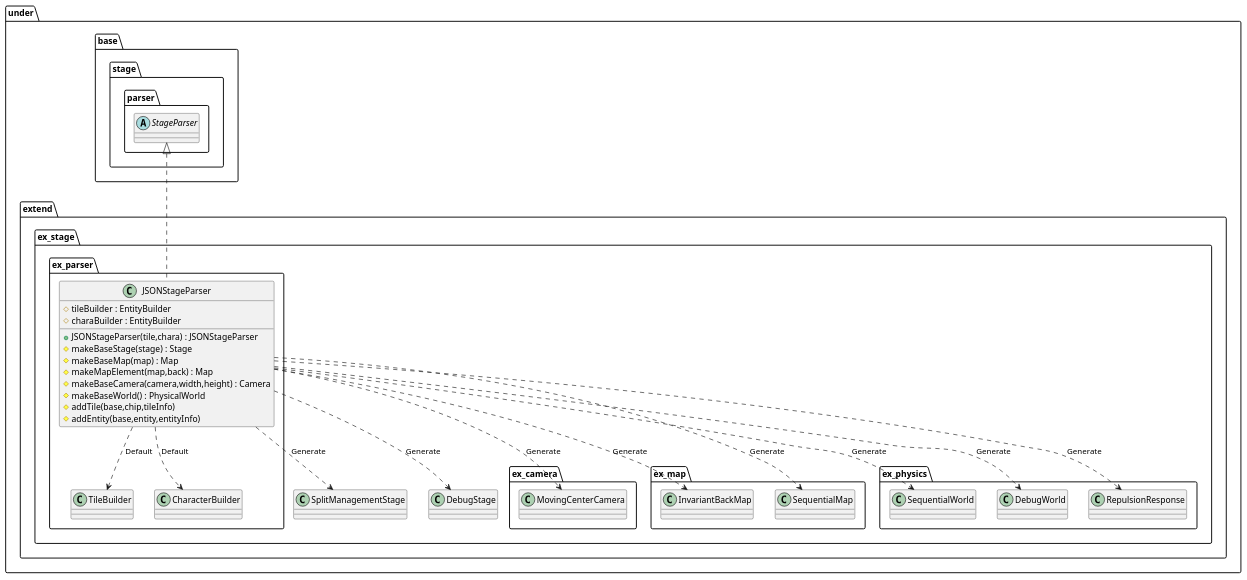
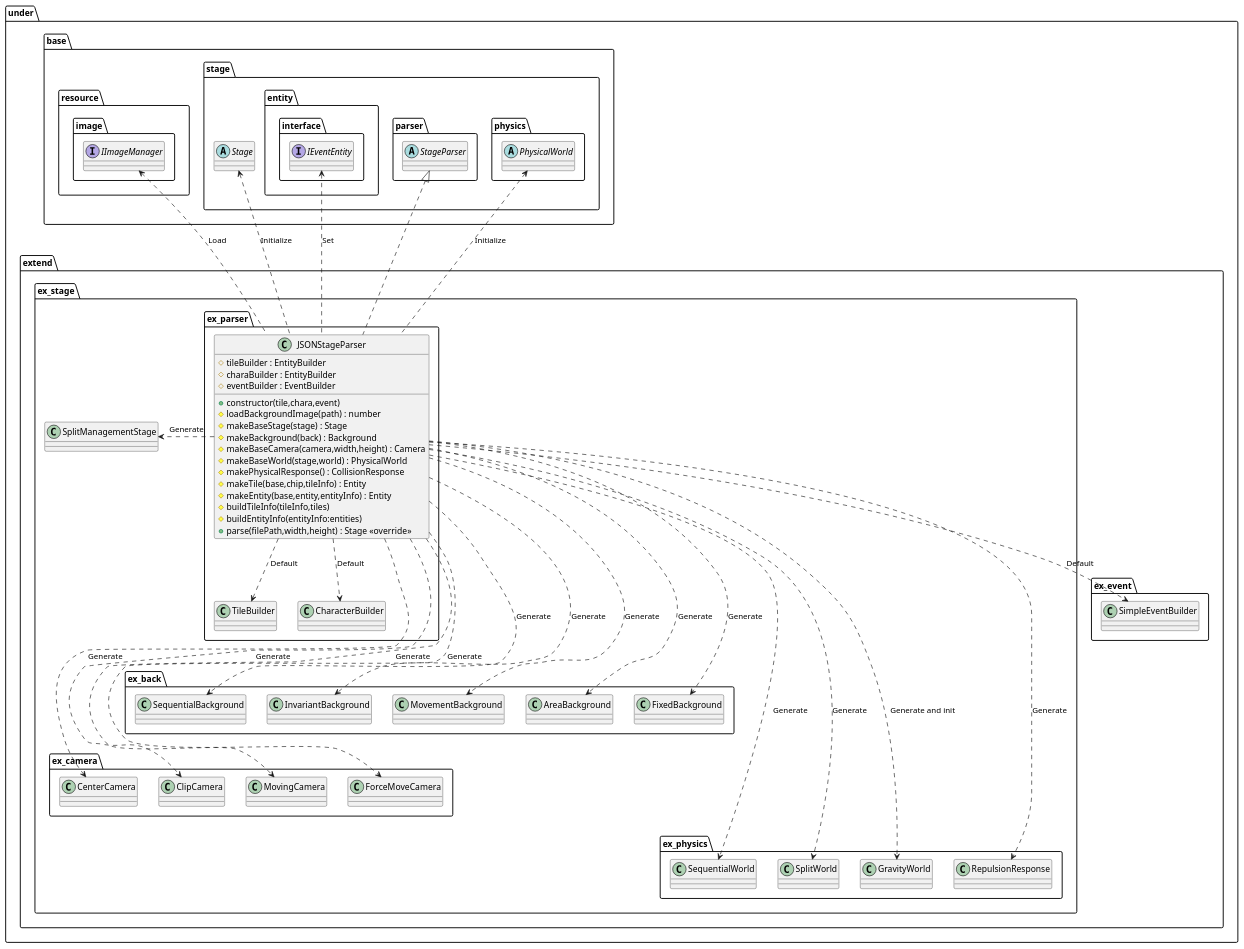
Before and after one commit to Expine/Under: the diagram in uml/parser/JSON.wsd, drawn with PlantUML. The commit also changed 44 other files, not shown here.

Commit message:
Fix prser and stage base, rename map to background

```diff
--- a/uml/parser/JSON.wsd
+++ b/uml/parser/JSON.wsd
@@ -1,71 +1,110 @@
 @startuml ParserJSON
 
 package under {
     package extend {
         package ex_stage {
             package ex_parser {
                 class JSONStageParser {
-                    +JSONStageParser(tile,chara) : JSONStageParser
+                    +constructor(tile,chara,event)
                     #tileBuilder : EntityBuilder
                     #charaBuilder : EntityBuilder
+                    #eventBuilder : EventBuilder
+                    #loadBackgroundImage(path) : number
                     #makeBaseStage(stage) : Stage
-                    #makeBaseMap(map) : Map
-                    #makeMapElement(map,back) : Map
+                    #makeBackground(back) : Background
                     #makeBaseCamera(camera,width,height) : Camera
-                    #makeBaseWorld() : PhysicalWorld
-                    #addTile(base,chip,tileInfo)
-                    #addEntity(base,entity,entityInfo)
+                    #makeBaseWorld(stage,world) : PhysicalWorld
+                    #makePhysicalResponse() : CollisionResponse
+                    #makeTile(base,chip,tileInfo) : Entity
+                    #makeEntity(base,entity,entityInfo) : Entity
+                    #buildTileInfo(tileInfo,tiles)
+                    #buildEntityInfo(entityInfo:entities)
+                    +parse(filePath,width,height) : Stage <<override>>
                 }
             }
         }
     }
 }
 
 package under {
     package base {
+        package resource {
+            package image {
+                interface IImageManager
+            }
+        }
         package stage {
+            abstract Stage
+            package entity {
+                package interface {
+                    interface IEventEntity
+                }
+            }
             package parser {
                 abstract StageParser
+            }
+            package physics {
+                abstract PhysicalWorld
             }
         }
     }
     package extend {
+        package ex_event {
+            class SimpleEventBuilder
+        }
         package ex_stage {
             class SplitManagementStage
-            class DebugStage
             package ex_parser {
                 class TileBuilder
                 class CharacterBuilder
             }
             package ex_camera {
-                class MovingCenterCamera
+                class CenterCamera
+                class ClipCamera
+                class MovingCamera
+                class ForceMoveCamera
             }
-            package ex_map {
-                class InvariantBackMap
-                class SequentialMap
+            package ex_back {
+                class SequentialBackground
+                class InvariantBackground
+                class MovementBackground
+                class AreaBackground
+                class FixedBackground
             }
             package ex_physics {
                 class SequentialWorld
-                class DebugWorld
+                class SplitWorld
+                class GravityWorld
                 class RepulsionResponse
             }
         }
 
     }
 }
 
-JSONStageParser ..> SplitManagementStage : Generate
-JSONStageParser ..> DebugStage : Generate
-JSONStageParser ..> MovingCenterCamera : Generate
-JSONStageParser ..> SequentialMap : Generate
-JSONStageParser ..> InvariantBackMap : Generate
-JSONStageParser ..> SequentialWorld : Generate
-JSONStageParser ..> DebugWorld : Generate
-JSONStageParser ..> RepulsionResponse : Generate
+JSONStageParser .> SplitManagementStage : Generate
+JSONStageParser ...> SequentialBackground : Generate
+JSONStageParser ...> InvariantBackground : Generate
+JSONStageParser ...> MovementBackground : Generate
+JSONStageParser ...> AreaBackground : Generate
+JSONStageParser ...> FixedBackground : Generate
+JSONStageParser ....> CenterCamera : Generate
+JSONStageParser ....> ClipCamera : Generate
+JSONStageParser ....> MovingCamera : Generate
+JSONStageParser ....> ForceMoveCamera : Generate
+JSONStageParser .....> SequentialWorld : Generate
+JSONStageParser .....> SplitWorld : Generate
+JSONStageParser .....> GravityWorld : Generate and init
+JSONStageParser .....> RepulsionResponse : Generate
+IImageManager <..  JSONStageParser: Load
+Stage <..  JSONStageParser: Initialize
+PhysicalWorld <..  JSONStageParser: Initialize
+IEventEntity <.. JSONStageParser : Set
 
-JSONStageParser ..> TileBuilder : "Default"
-JSONStageParser ..> CharacterBuilder : "Default"
+JSONStageParser ..> TileBuilder : Default
+JSONStageParser ..> CharacterBuilder : Default
+JSONStageParser ..> SimpleEventBuilder : Default
 
 StageParser <|.. JSONStageParser
 
 @enduml
```
